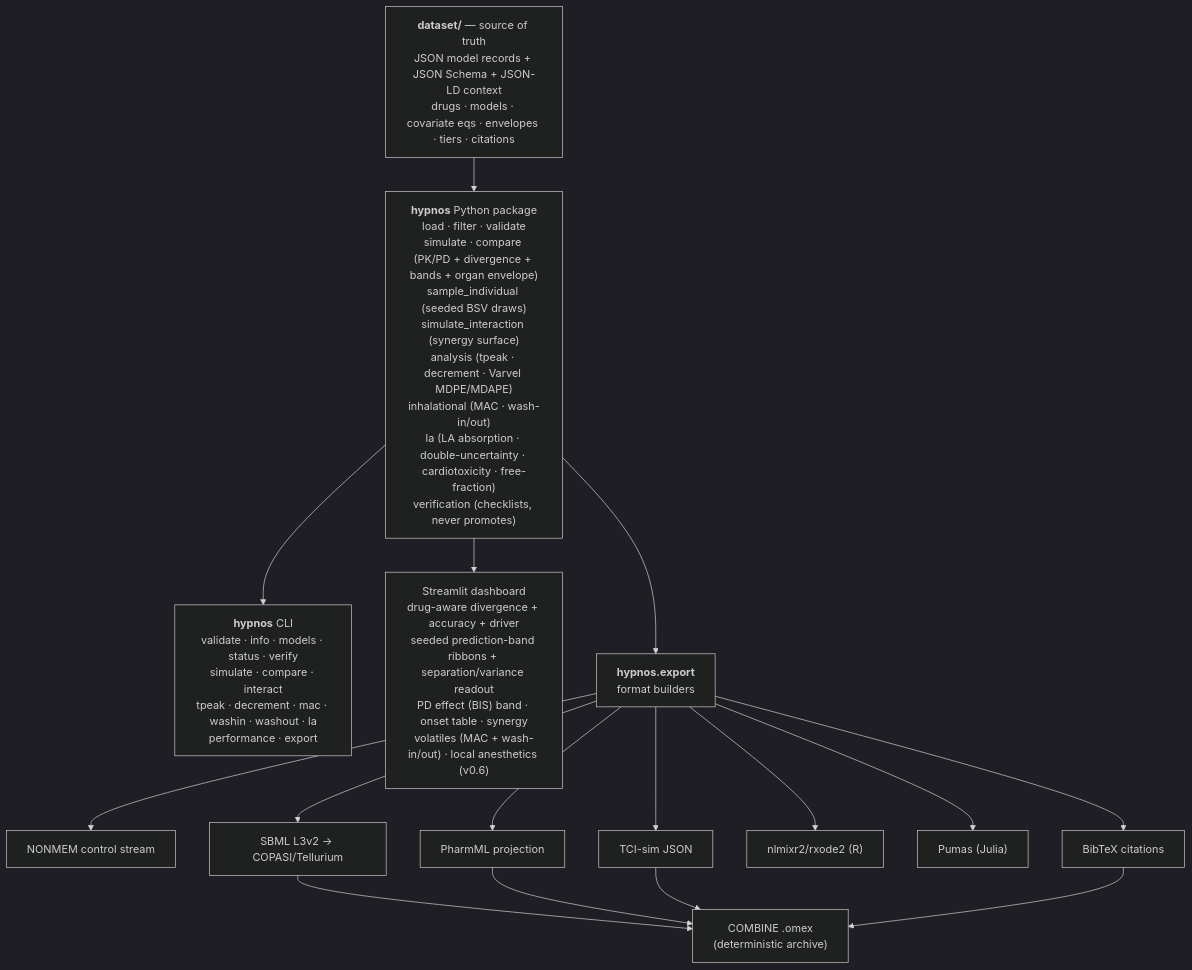
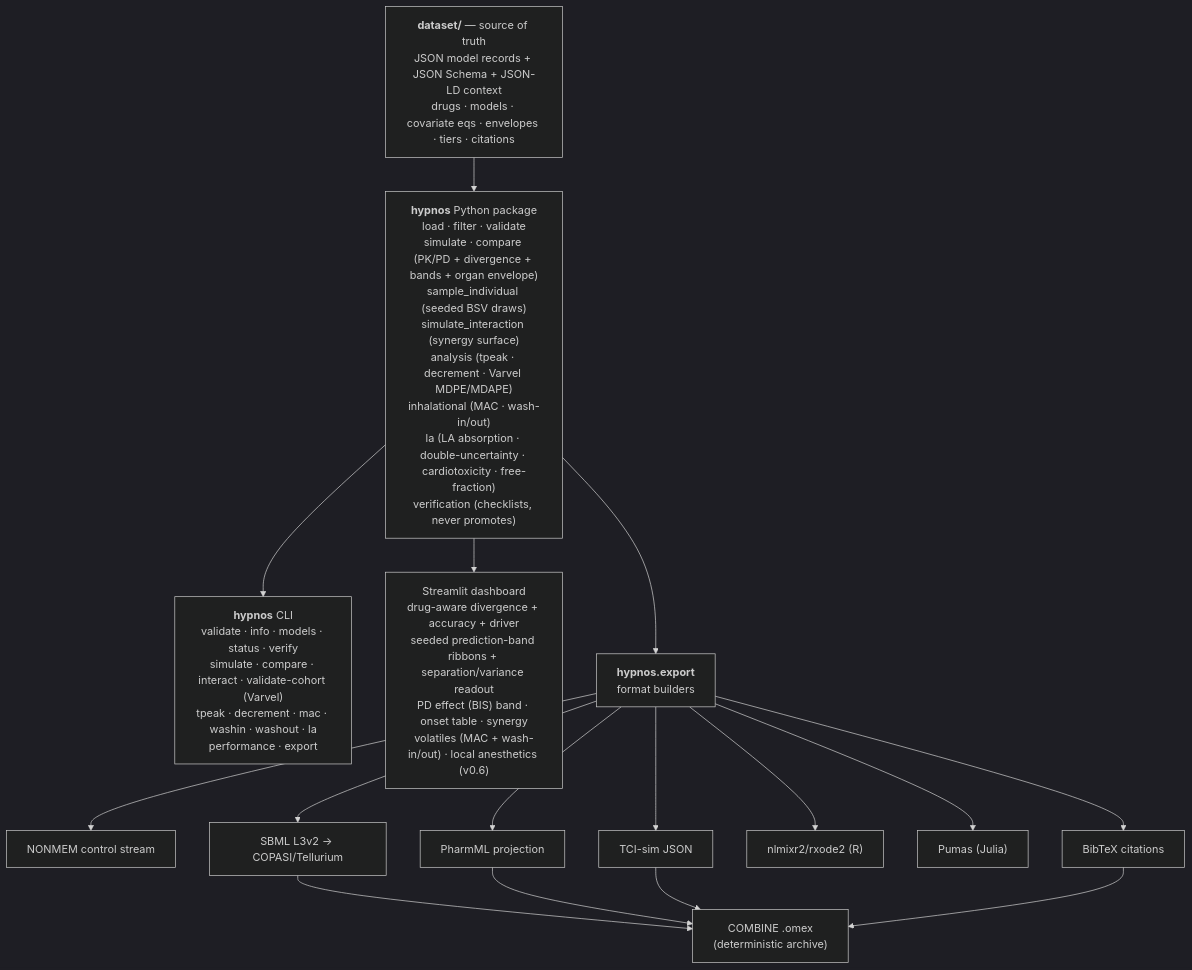
Before and after one commit to clay-good/hypnos: the first of 3 diagrams in README.md, drawn with Mermaid (dark theme). The commit also changed other lines of this file and 6 other files, not shown here.

````diff
--- a/README.md
+++ b/README.md
@@ -447,19 +463,19 @@
 ```mermaid
 flowchart TD
     DS["<b>dataset/</b> — source of truth<br/>JSON model records + JSON Schema + JSON-LD context<br/>drugs · models · covariate eqs · envelopes · tiers · citations"]
     DS --> PKG["<b>hypnos</b> Python package<br/>load · filter · validate<br/>simulate · compare (PK/PD + divergence + bands + organ envelope)<br/>sample_individual (seeded BSV draws)<br/>simulate_interaction (synergy surface)<br/>analysis (tpeak · decrement · Varvel MDPE/MDAPE)<br/>inhalational (MAC · wash-in/out)<br/>la (LA absorption · double-uncertainty · cardiotoxicity · free-fraction)<br/>verification (checklists, never promotes)"]
-    PKG --> CLI["<b>hypnos</b> CLI<br/>validate · info · models · status · verify<br/>simulate · compare · interact<br/>tpeak · decrement · mac · washin · washout · la<br/>performance · export"]
+    PKG --> CLI["<b>hypnos</b> CLI<br/>validate · info · models · status · verify<br/>simulate · compare · interact · validate-cohort (Varvel)<br/>tpeak · decrement · mac · washin · washout · la<br/>performance · export"]
     PKG --> DASH["Streamlit dashboard<br/>drug-aware divergence + accuracy + driver<br/>seeded prediction-band ribbons + separation/variance readout<br/>PD effect (BIS) band · onset table · synergy<br/>volatiles (MAC + wash-in/out) · local anesthetics (v0.6)"]
     PKG --> EXP["<b>hypnos.export</b><br/>format builders"]
     EXP --> NM["NONMEM control stream"]
     EXP --> PHARMML["PharmML projection"]
     EXP --> SBML["SBML L3v2 → COPASI/Tellurium"]
     EXP --> TCIJSON["TCI-sim JSON"]
     EXP --> RX["nlmixr2/rxode2 (R)"]
     EXP --> PUMAS["Pumas (Julia)"]
     EXP --> BIB["BibTeX citations"]
     SBML --> OMEX["COMBINE .omex<br/>(deterministic archive)"]
     PHARMML --> OMEX
     TCIJSON --> OMEX
     BIB --> OMEX
 ```
````
